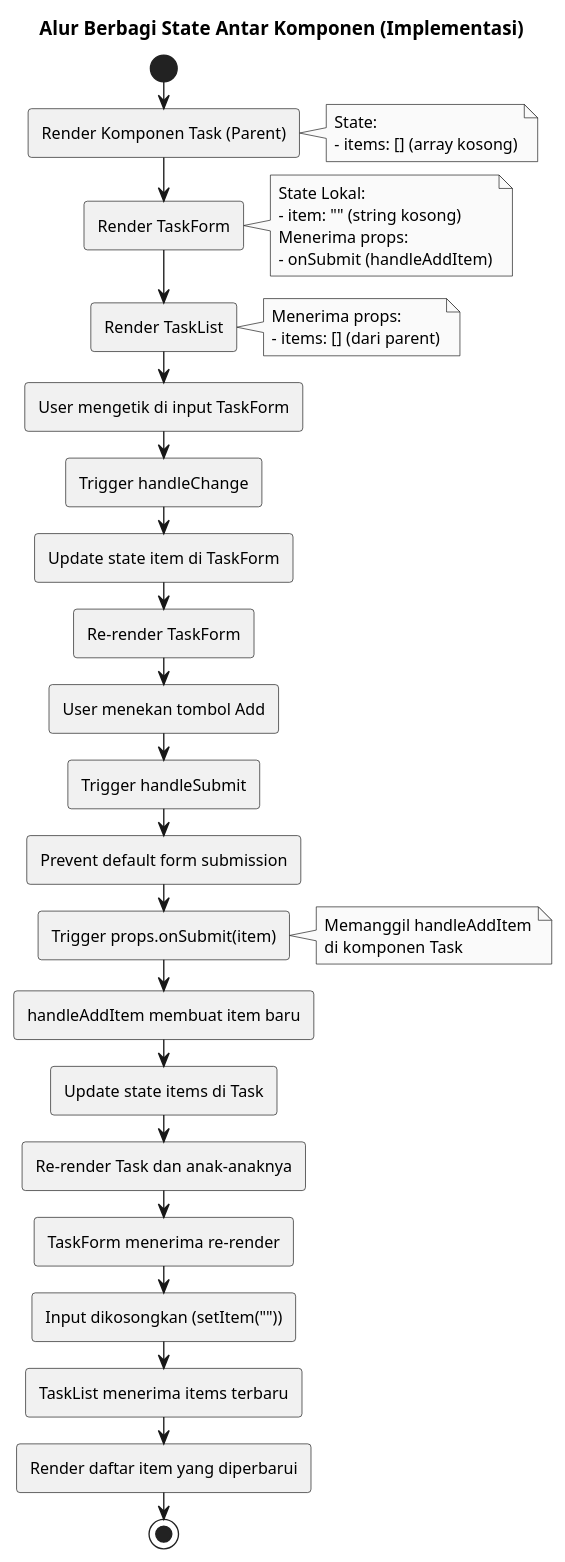
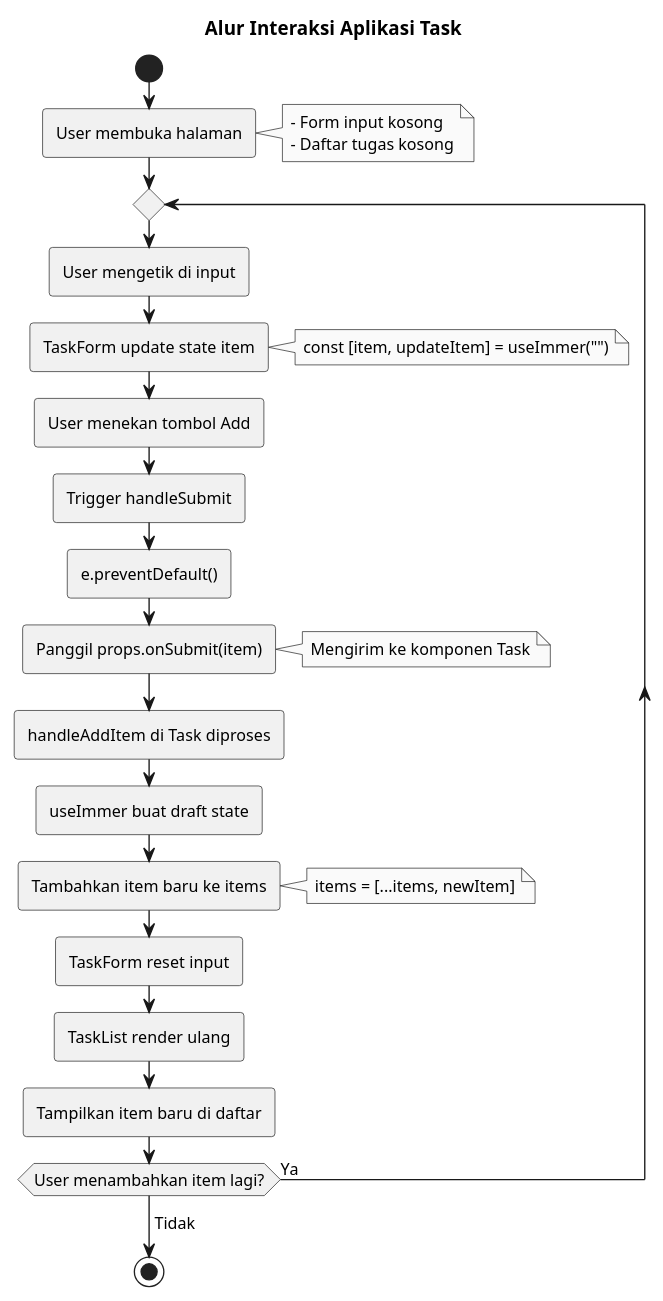
Before and after one commit to Audyari/test-React: the diagram in FLOWCHART/22.React State Sharing Between.puml, drawn with PlantUML. The commit also changed 16 other files, not shown here.

```diff
--- a/FLOWCHART/22.React State Sharing Between.puml
+++ b/FLOWCHART/22.React State Sharing Between.puml
@@ -1,59 +1,49 @@
-@startuml React State Sharing - Implementasi
+@startuml Alur Interaksi Task App
 
 skinparam monochrome true
 skinparam defaultFontName Arial
 skinparam defaultFontSize 12
 skinparam roundcorner 5
 
-title Alur Berbagi State Antar Komponen (Implementasi)
+title Alur Interaksi Aplikasi Task
 
 start
 
-:Render Komponen Task (Parent);
+:User membuka halaman;
 note right
-  State:
-  - items: [] (array kosong)
+  - Form input kosong
+  - Daftar tugas kosong
 endnote
 
-:Render TaskForm;
-note right
-  State Lokal:
-  - item: "" (string kosong)
-  Menerima props:
-  - onSubmit (handleAddItem)
-endnote
-
-:Render TaskList;
-note right
-  Menerima props:
-  - items: [] (dari parent)
-endnote
-
-:User mengetik di input TaskForm;
-:Trigger handleChange;
-:Update state item di TaskForm;
-:Re-render TaskForm;
-
-:User menekan tombol Add;
-:Trigger handleSubmit;
-:Prevent default form submission;
-
-:Trigger props.onSubmit(item);
-note right
-  Memanggil handleAddItem
-  di komponen Task
-endnote
-
-:handleAddItem membuat item baru;
-:Update state items di Task;
-:Re-render Task dan anak-anaknya;
-
-:TaskForm menerima re-render;
-:Input dikosongkan (setItem(""));
-
-:TaskList menerima items terbaru;
-:Render daftar item yang diperbarui;
-
+repeat
+  :User mengetik di input;
+  :TaskForm update state item;
+  note right
+    const [item, updateItem] = useImmer("")
+  endnote
+  
+  :User menekan tombol Add;
+  :Trigger handleSubmit;
+  :e.preventDefault();
+  :Panggil props.onSubmit(item);
+  note right
+    Mengirim ke komponen Task
+  endnote
+  
+  :handleAddItem di Task diproses;
+  :useImmer buat draft state;
+  :Tambahkan item baru ke items;
+  note right
+    items = [...items, newItem]
+  endnote
+  
+  :TaskForm reset input;
+  :TaskList render ulang;
+  :Tampilkan item baru di daftar;
+  
+  repeat while (User menambahkan item lagi?) is (Ya)
+  ->Tidak;
+  
 stop
 
 @enduml
```
